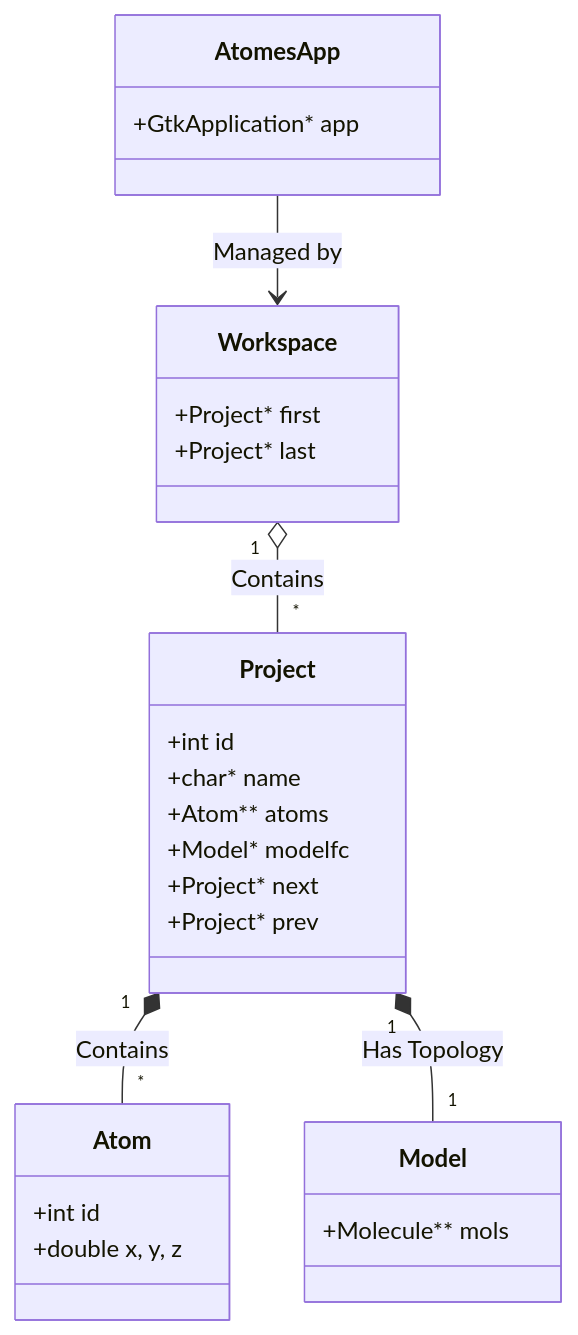
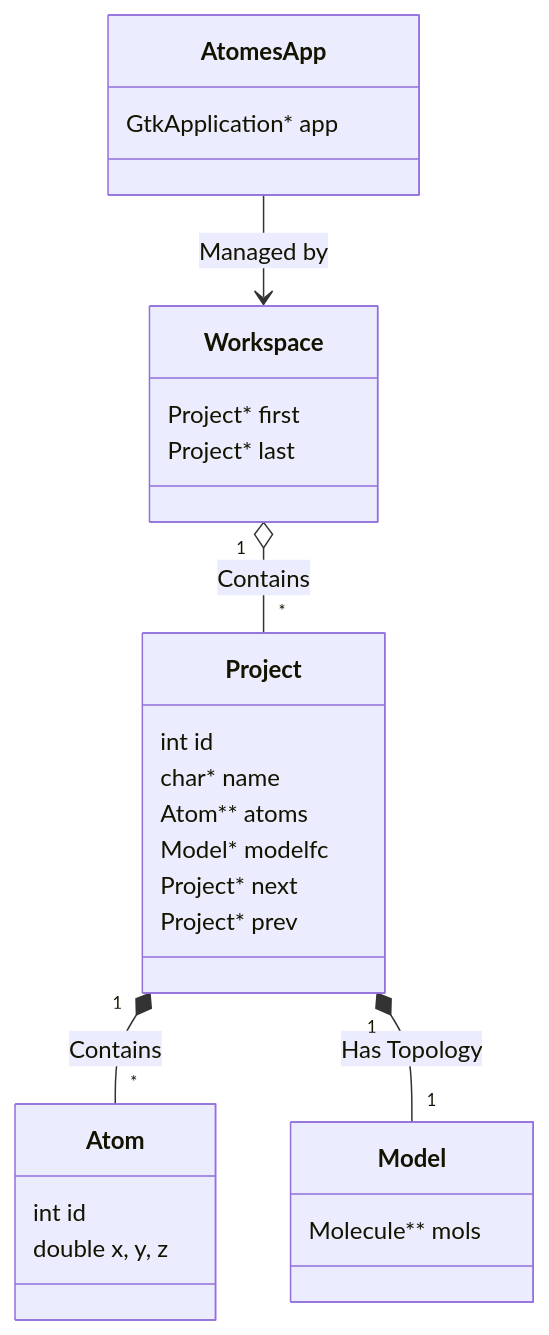
Before and after one commit to Slookeur/atomes: the first of 3 diagrams in DEVELOPER.md, drawn with Mermaid. The commit also changed other lines of this file, not shown here.

Commit message:
Atomes sources: ven. 16 janv. 2026 15:08:50 CET

````diff
--- a/DEVELOPER.md
+++ b/DEVELOPER.md
@@ -30,30 +30,30 @@
 ```mermaid
 classDiagram
     class AtomesApp {
-        +GtkApplication* app
+        GtkApplication* app
     }
     class Workspace {
-        +Project* first
-        +Project* last
+        Project* first
+        Project* last
     }
     class Project {
-        +int id
-        +char* name
-        +Atom** atoms
-        +Model* modelfc
-        +Project* next
-        +Project* prev
+        int id
+        char* name
+        Atom** atoms
+        Model* modelfc
+        Project* next
+        Project* prev
     }
     class Model {
-        +Molecule** mols
+        Molecule** mols
     }
     class Atom {
-        +int id
-        +double x, y, z
+        int id
+        double x, y, z
     }
     
     AtomesApp --> Workspace : Managed by
     Workspace "1" o-- "*" Project : Contains
     Project "1" *-- "*" Atom : Contains
     Project "1" *-- "1" Model : Has Topology
 ```
````
